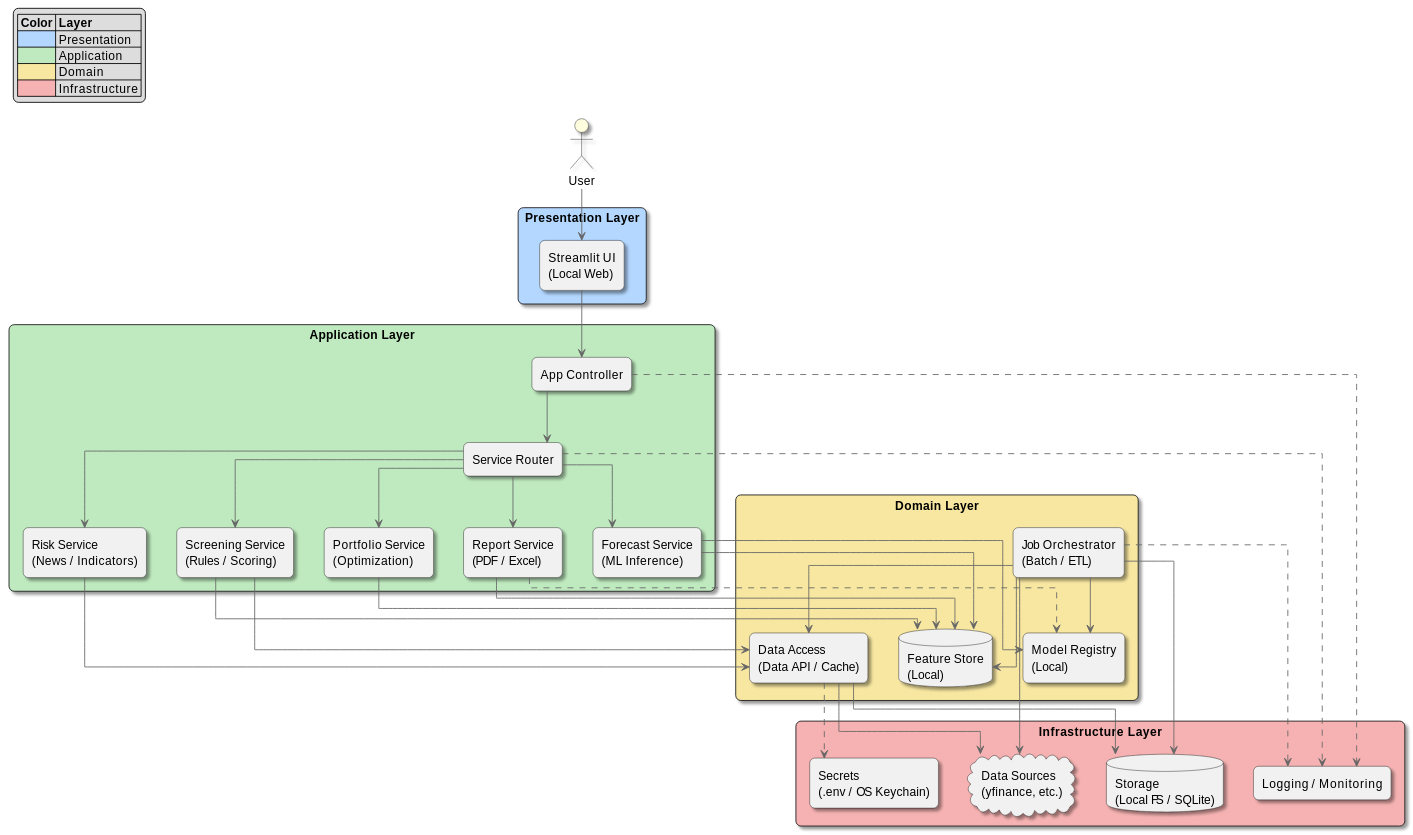
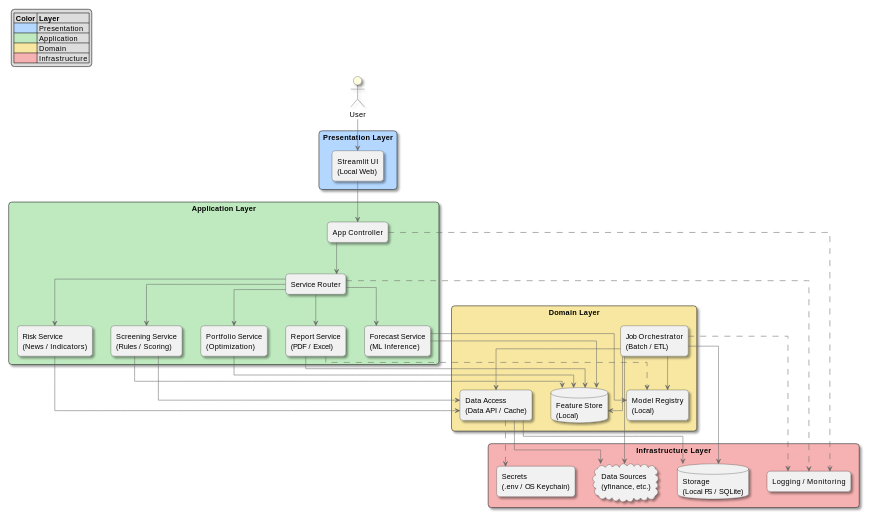
One commit to yuki-godzilla/Smart_Market_AI changed the first of 3 diagrams in Documents/02.System_design.md. Above: the diagram before and after it, drawn with PlantUML. The commit also changed other lines of this file and 1 other file, not shown here.

Commit message:
Little improvement

````diff
--- a/Documents/02.System_design.md
+++ b/Documents/02.System_design.md
@@ -96,5 +96,7 @@
 ROUTER  ..> LOGG
 ORCH    ..> LOGG
 DAO     ..> SECR
+
+scale 1000 width
 @enduml
 ```
````
